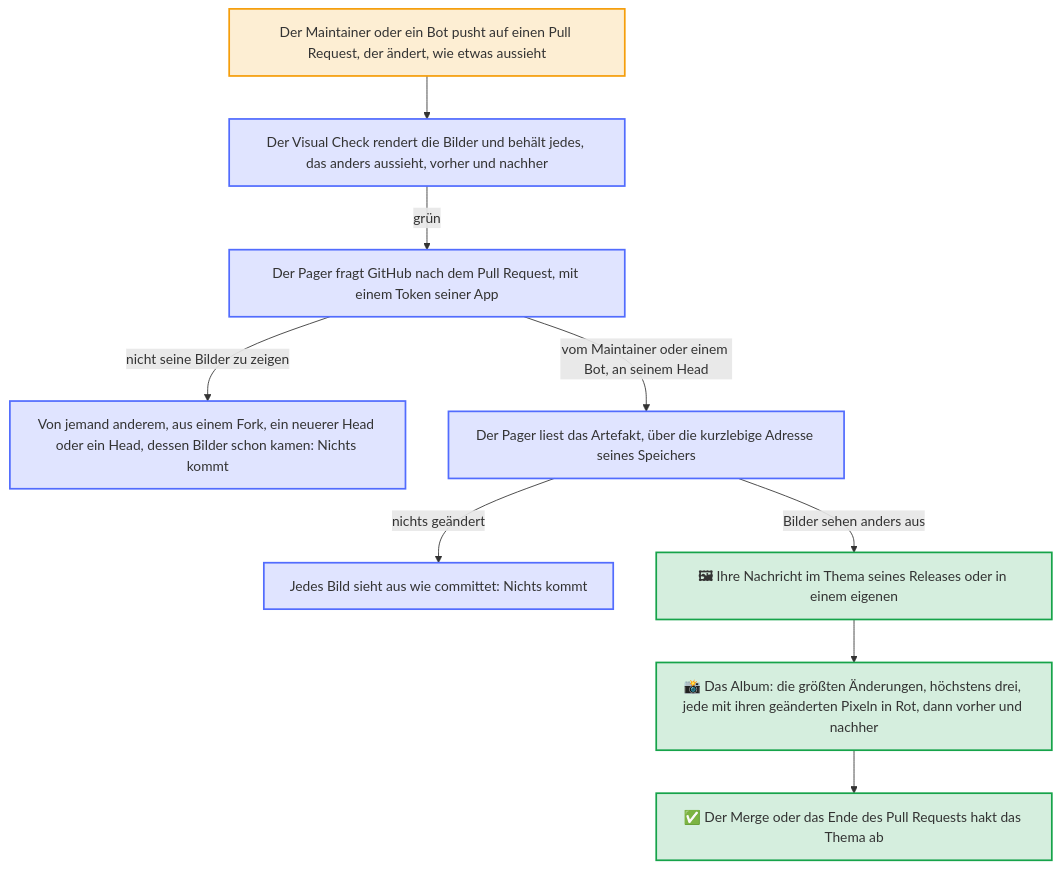
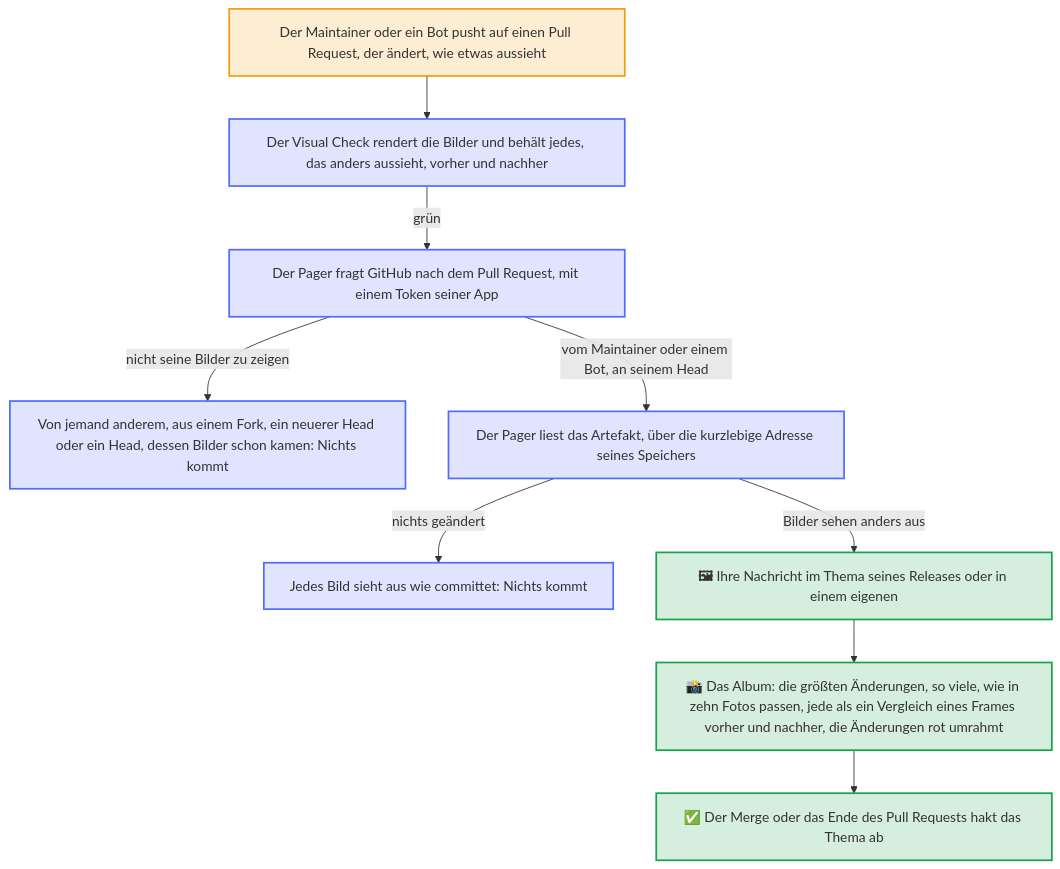
The diagram in docs/diagrams/the-pictures-of-a-visual-change.de.mmd (Dennis-Otto/dennis-otto-pager), drawn with Mermaid before and after one commit. The commit also changed 19 other files, not shown here.

```diff
--- a/docs/diagrams/the-pictures-of-a-visual-change.de.mmd
+++ b/docs/diagrams/the-pictures-of-a-visual-change.de.mmd
@@ -1,32 +1,32 @@
 ---
 config:
   flowchart:
     wrappingWidth: 400
 ---
 flowchart TB
     accTitle: Die Bilder einer sichtbaren Änderung
-    accDescr: Der Maintainer oder ein Bot pusht auf einen Pull Request, der ändert, wie etwas aussieht, und sein Visual Check rendert die Bilder neu und behält jedes, das anders aussieht, in einem Artefakt, vorher und nachher. Ist der Check grün, fragt der Pager GitHub nach dem Pull Request, mit einem Token seiner App. Einer von jemand anderem, aus einem Fork oder einer, der zu einem neueren Head weiterzog, endet dort, ebenso ein Head, dessen Bilder schon kamen. Sonst liest der Pager das Artefakt mit demselben Token, über die kurzlebige Adresse seines Speichers. Sieht jedes Bild aus wie committet, kommt nichts. Sehen welche anders aus, geht ihre Nachricht in das Thema seines Releases oder einer eigenen Sache, und das Album der größten Änderungen folgt, höchstens drei Bilder, jedes mit seinen geänderten Pixeln in Rot, wenn der Check sie gezeichnet hat, dann vorher und nachher. Der Merge oder das Ende des Pull Requests hakt das Thema ab.
+    accDescr: Der Maintainer oder ein Bot pusht auf einen Pull Request, der ändert, wie etwas aussieht, und sein Visual Check rendert die Bilder neu und behält jedes, das anders aussieht, in einem Artefakt, vorher und nachher. Ist der Check grün, fragt der Pager GitHub nach dem Pull Request, mit einem Token seiner App. Einer von jemand anderem, aus einem Fork oder einer, der zu einem neueren Head weiterzog, endet dort, ebenso ein Head, dessen Bilder schon kamen. Sonst liest der Pager das Artefakt mit demselben Token, über die kurzlebige Adresse seines Speichers. Sieht jedes Bild aus wie committet, kommt nichts. Sehen welche anders aus, geht ihre Nachricht in das Thema seines Releases oder einer eigenen Sache, und das Album der größten Änderungen folgt, so viele, wie in die zehn Fotos eines Albums passen, jede als ein Vergleich desselben Frames vorher und nachher mit den Änderungen rot umrahmt, oder, von einem älteren Check, mit ihren geänderten Pixeln in Rot, dann vorher und nachher. Der Merge oder das Ende des Pull Requests hakt das Thema ab.
 
     push["`Der Maintainer oder ein Bot pusht auf einen Pull Request, der ändert, wie etwas aussieht`"]
     check["`Der Visual Check rendert die Bilder und behält jedes, das anders aussieht, vorher und nachher`"]
     ask["Der Pager fragt GitHub nach dem Pull Request, mit einem Token seiner App"]
     stop["`Von jemand anderem, aus einem Fork, ein neuerer Head oder ein Head, dessen Bilder schon kamen: Nichts kommt`"]
     read["`Der Pager liest das Artefakt, über die kurzlebige Adresse seines Speichers`"]
     same["`Jedes Bild sieht aus wie committet: Nichts kommt`"]
     topic["`**🖼** Ihre Nachricht im Thema seines Releases oder in einem eigenen`"]
-    album["`**📸** Das Album: die größten Änderungen, höchstens drei, jede mit ihren geänderten Pixeln in Rot, dann vorher und nachher`"]
+    album["`**📸** Das Album: die größten Änderungen, so viele, wie in zehn Fotos passen, jede als ein Vergleich eines Frames vorher und nachher, die Änderungen rot umrahmt`"]
     done["`**✅** Der Merge oder das Ende des Pull Requests hakt das Thema ab`"]
 
     push --> check
     check -- "grün" --> ask
     ask -- "nicht seine Bilder zu zeigen" --> stop
     ask -- "vom Maintainer oder einem Bot, an seinem Head" --> read
     read -- "nichts geändert" --> same
     read -- "Bilder sehen anders aus" --> topic --> album --> done
 
     classDef you fill:#f59e0b2e,stroke:#f59e0b,stroke-width:2px
     classDef bot fill:#526cfe2e,stroke:#526cfe,stroke-width:2px
     classDef done fill:#16a34a2e,stroke:#16a34a,stroke-width:2px
     class push you
     class check,ask,stop,read,same bot
     class topic,album,done done
```
